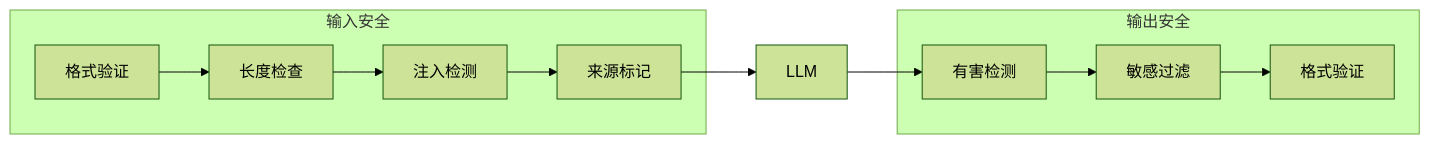
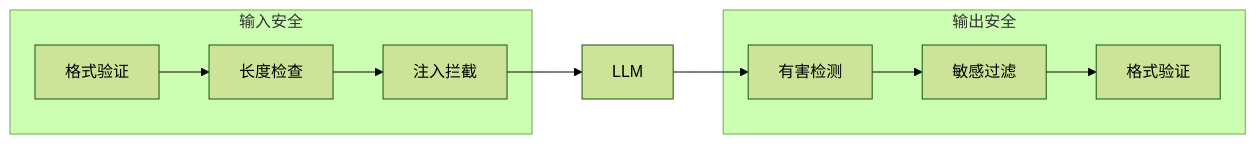
The diagram in 09_io_protection/summary.md (yeasy/ai_security_guide), drawn with Mermaid (forest theme) before and after one commit. The commit also changed other lines of this file and 19 other files, not shown here.

````diff
--- a/09_io_protection/summary.md
+++ b/09_io_protection/summary.md
@@ -17,16 +17,15 @@
 ```mermaid
 flowchart LR
     subgraph "输入安全"
     A["格式验证"] --> B["长度检查"]
-    B --> C["注入检测"]
-    C --> D["来源标记"]
+    B --> C["注入拦截"]
     end
 
     subgraph "输出安全"
     E["有害检测"] --> F["敏感过滤"]
     F --> G["格式验证"]
     end
 
-    D --> LLM["LLM"]
+    C --> LLM["LLM"]
     LLM --> E
 ```
````
